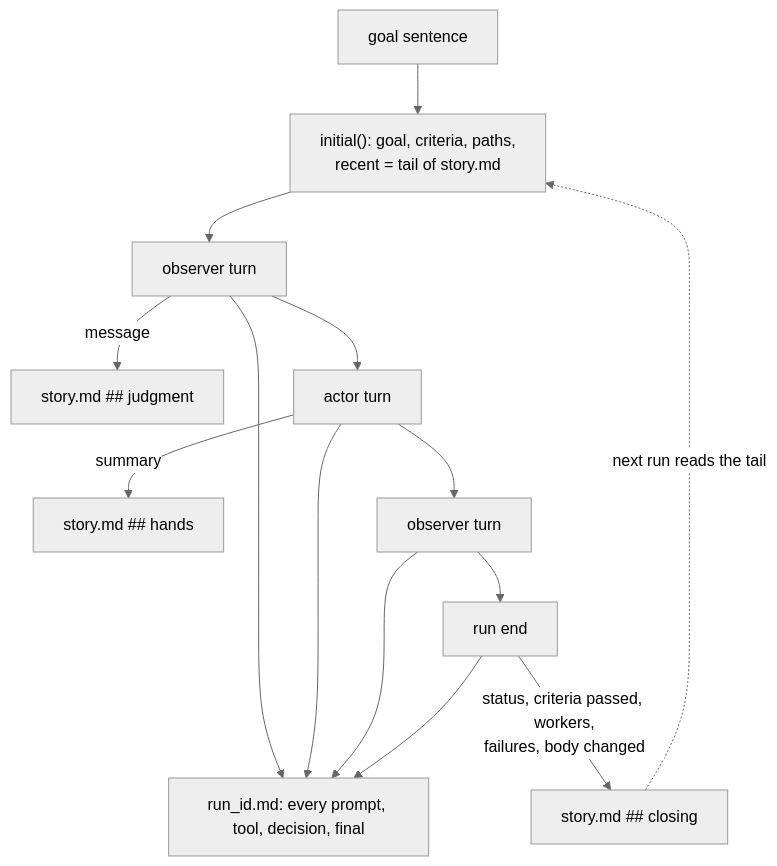
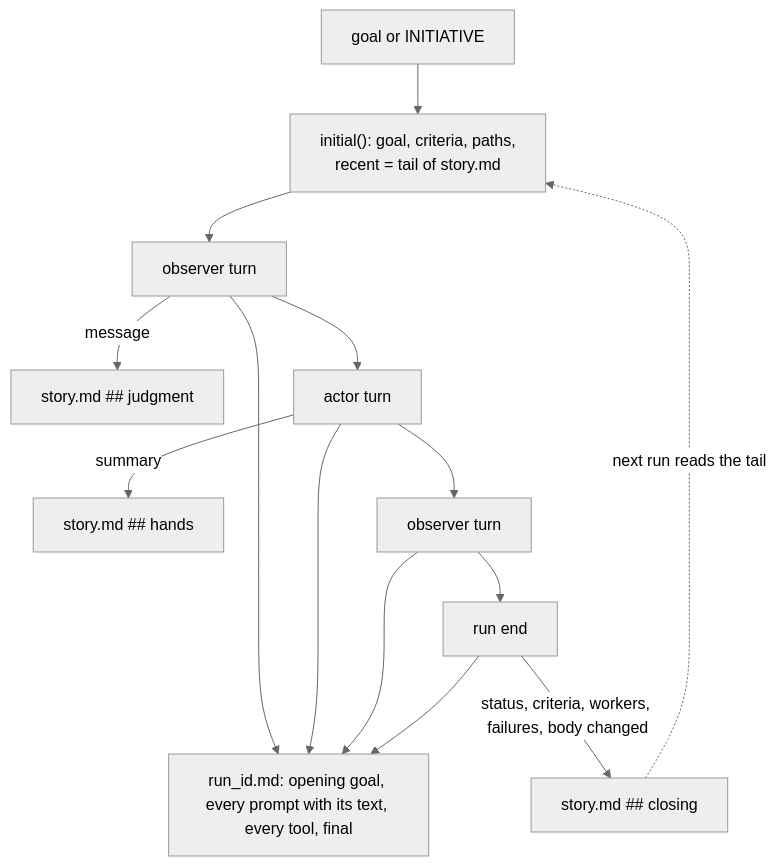
One commit to wgabrys88/Trident changed the fourth of 6 diagrams in README.md. Above: the diagram before and after it, drawn with Mermaid (neutral theme). The commit also changed other lines of this file and 3 other files, not shown here.

````diff
--- a/README.md
+++ b/README.md
@@ -172,13 +171,13 @@
 ```mermaid
 flowchart TD
-  G["goal sentence"] --> I["initial(): goal, criteria, paths,<br/>recent = tail of story.md"]
+  G["goal or INITIATIVE"] --> I["initial(): goal, criteria, paths,<br/>recent = tail of story.md"]
   I --> O1["observer turn"]
   O1 -->|"message"| S1["story.md ## judgment"]
   O1 --> T1["actor turn"]
   T1 -->|"summary"| S2["story.md ## hands"]
   T1 --> O2["observer turn"]
   O2 --> F["run end"]
-  F -->|"status, criteria passed, workers,<br/>failures, body changed"| S3["story.md ## closing"]
+  F -->|"status, criteria, workers, failures, body changed"| S3["story.md ## closing"]
   S3 -.->|"next run reads the tail"| I
-  O1 & T1 & O2 & F --> J["run_id.md: every prompt, tool, decision, final"]
+  O1 & T1 & O2 & F --> J["run_id.md: opening goal, every prompt with its text, every tool, final"]
 ```
````
